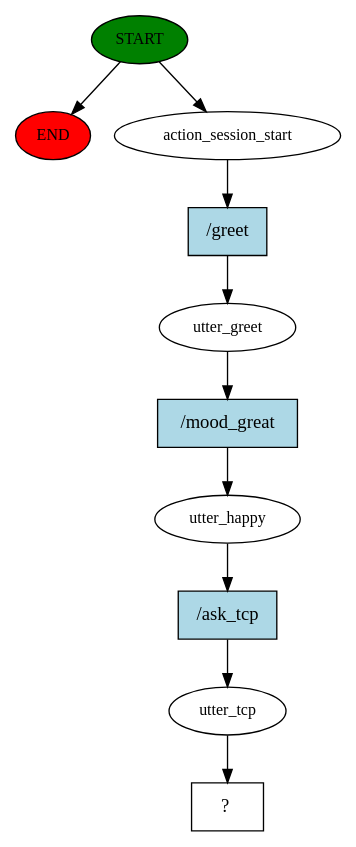
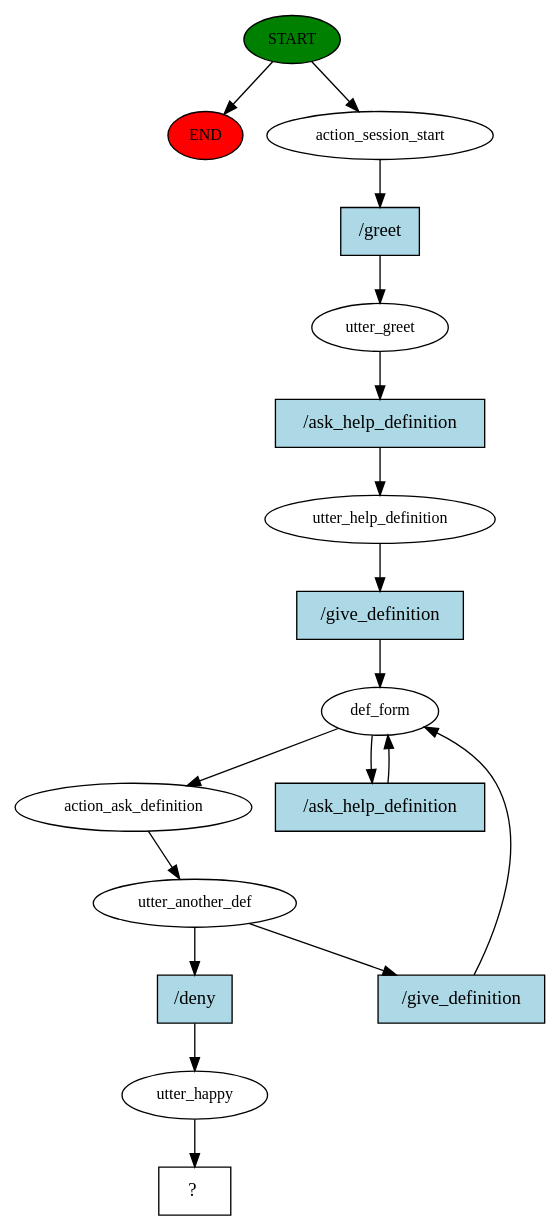
Before and after one commit to FaycelSassi/Chatbot: the diagram in story_graph.dot, drawn with Graphviz. The commit also changed 319 other files, not shown here.

```diff
--- a/story_graph.dot
+++ b/story_graph.dot
@@ -1,21 +1,35 @@
 digraph  {
 0 [class="start active", fillcolor=green, fontsize=12, label=START, style=filled];
 "-1" [class=end, fillcolor=red, fontsize=12, label=END, style=filled];
 1 [class=active, fontsize=12, label=action_session_start];
 2 [class=active, fontsize=12, label=utter_greet];
-3 [class=active, fontsize=12, label=utter_happy];
-4 [class=active, fontsize=12, label=utter_tcp];
-5 [class="intent dashed active", label="  ?  ", shape=rect];
-6 [class="intent active", fillcolor=lightblue, label="/greet", shape=rect, style=filled];
-7 [class="intent active", fillcolor=lightblue, label="/mood_great", shape=rect, style=filled];
-8 [class="intent active", fillcolor=lightblue, label="/ask_tcp", shape=rect, style=filled];
+3 [class=active, fontsize=12, label=utter_help_definition];
+4 [class=active, fontsize=12, label=def_form];
+6 [class=active, fontsize=12, label=action_ask_definition];
+7 [class=active, fontsize=12, label=utter_another_def];
+11 [class=active, fontsize=12, label=utter_happy];
+12 [class="intent dashed active", label="  ?  ", shape=rect];
+13 [class="intent active", fillcolor=lightblue, label="/greet", shape=rect, style=filled];
+14 [class="intent active", fillcolor=lightblue, label="/ask_help_definition", shape=rect, style=filled];
+15 [class="intent active", fillcolor=lightblue, label="/give_definition", shape=rect, style=filled];
+16 [class="intent active", fillcolor=lightblue, label="/ask_help_definition", shape=rect, style=filled];
+17 [class="intent active", fillcolor=lightblue, label="/deny", shape=rect, style=filled];
+18 [class="intent active", fillcolor=lightblue, label="/give_definition", shape=rect, style=filled];
 0 -> "-1"  [class="", key=NONE, label=""];
 0 -> 1  [class=active, key=NONE, label=""];
-1 -> 6  [class=active, key=0];
-2 -> 7  [class=active, key=0];
-3 -> 8  [class=active, key=0];
-4 -> 5  [class=active, key=NONE, label=""];
-6 -> 2  [class=active, key=0];
-7 -> 3  [class=active, key=0];
-8 -> 4  [class=active, key=0];
+1 -> 13  [class=active, key=0];
+2 -> 14  [class=active, key=0];
+3 -> 15  [class=active, key=0];
+4 -> 6  [class=active, key=NONE, label=""];
+4 -> 16  [class=active, key=0];
+6 -> 7  [class=active, key=NONE, label=""];
+7 -> 17  [class=active, key=0];
+7 -> 18  [class=active, key=0];
+11 -> 12  [class=active, key=NONE, label=""];
+13 -> 2  [class=active, key=0];
+14 -> 3  [class=active, key=0];
+15 -> 4  [class=active, key=0];
+16 -> 4  [class=active, key=0];
+17 -> 11  [class=active, key=0];
+18 -> 4  [class=active, key=0];
 }
```
